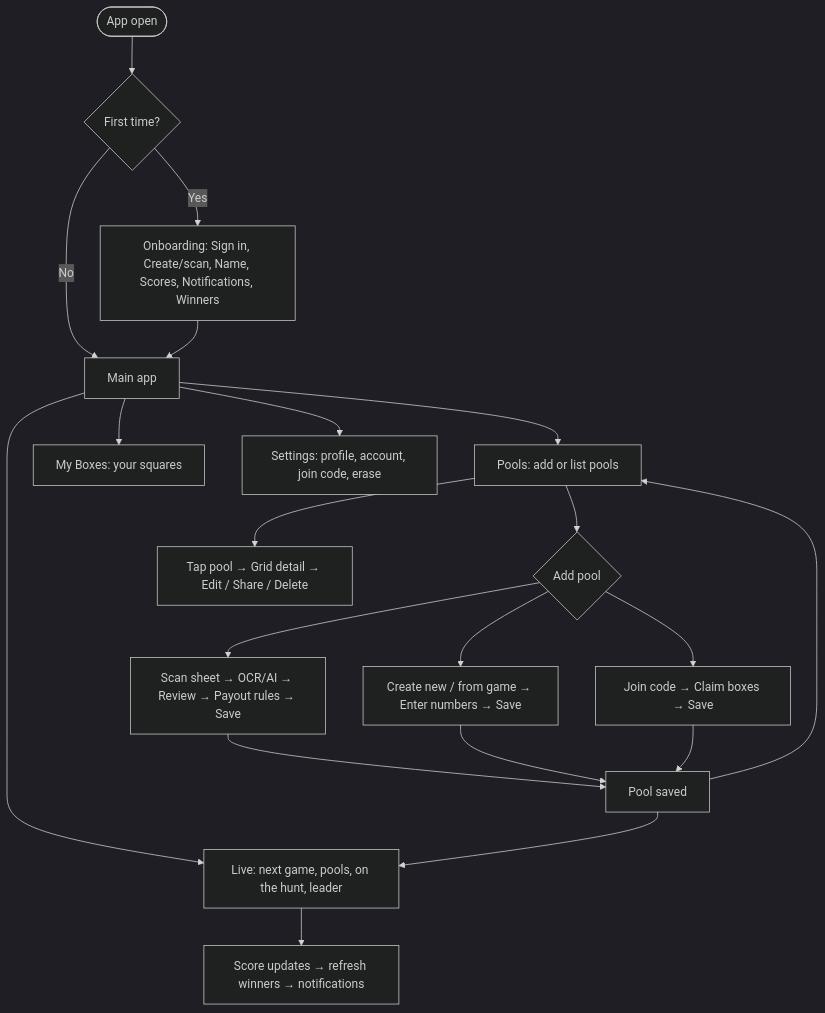
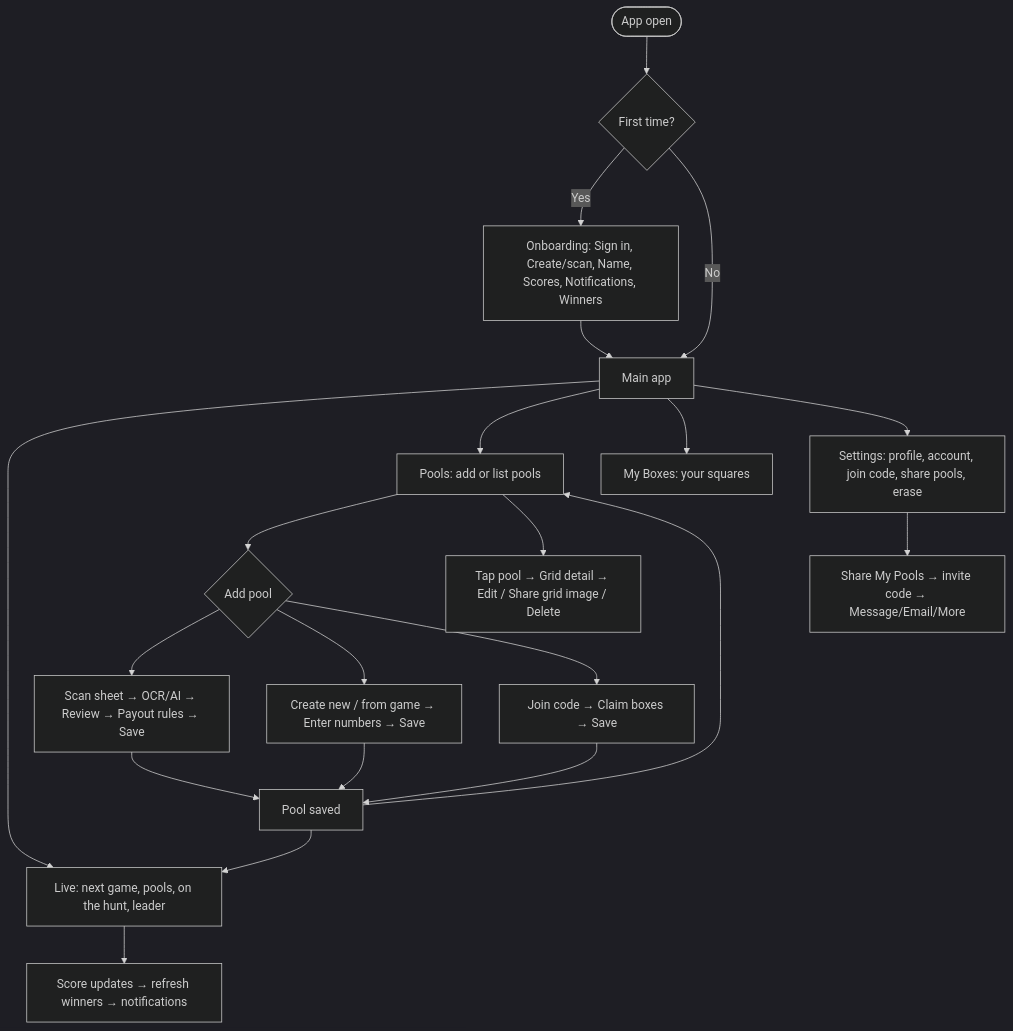
Diagram 12 of 12 in docs/APP_FLOW.md (mcapace/superbowlbox), drawn with Mermaid (dark theme) before and after one commit. The commit also changed other lines of this file and 2 other files, not shown here.

First line of the commit message:
Docs: update schemas, workflows, and mermaid flow charts

````diff
--- a/docs/APP_FLOW.md
+++ b/docs/APP_FLOW.md
@@ -244,22 +268,23 @@
 ```mermaid
 flowchart TB
     Start([App open]) --> Onboard{First time?}
     Onboard -->|Yes| O[Onboarding: Sign in, Create/scan, Name, Scores, Notifications, Winners]
     Onboard -->|No| Main[Main app]
     O --> Main
     Main --> Live[Live: next game, pools, on the hunt, leader]
     Main --> Pools[Pools: add or list pools]
     Main --> Boxes[My Boxes: your squares]
-    Main --> Set[Settings: profile, account, join code, erase]
+    Main --> Set[Settings: profile, account, join code, share pools, erase]
     Pools --> Add{Add pool}
     Add --> Scan[Scan sheet → OCR/AI → Review → Payout rules → Save]
     Add --> Create[Create new / from game → Enter numbers → Save]
     Add --> Join[Join code → Claim boxes → Save]
     Scan --> Saved[Pool saved]
     Create --> Saved
     Join --> Saved
     Saved --> Live
     Saved --> Pools
     Live --> Score[Score updates → refresh winners → notifications]
-    Pools --> Grid[Tap pool → Grid detail → Edit / Share / Delete]
+    Pools --> Grid[Tap pool → Grid detail → Edit / Share grid image / Delete]
+    Set --> SharePools[Share My Pools → invite code → Message/Email/More]
 ```
````
